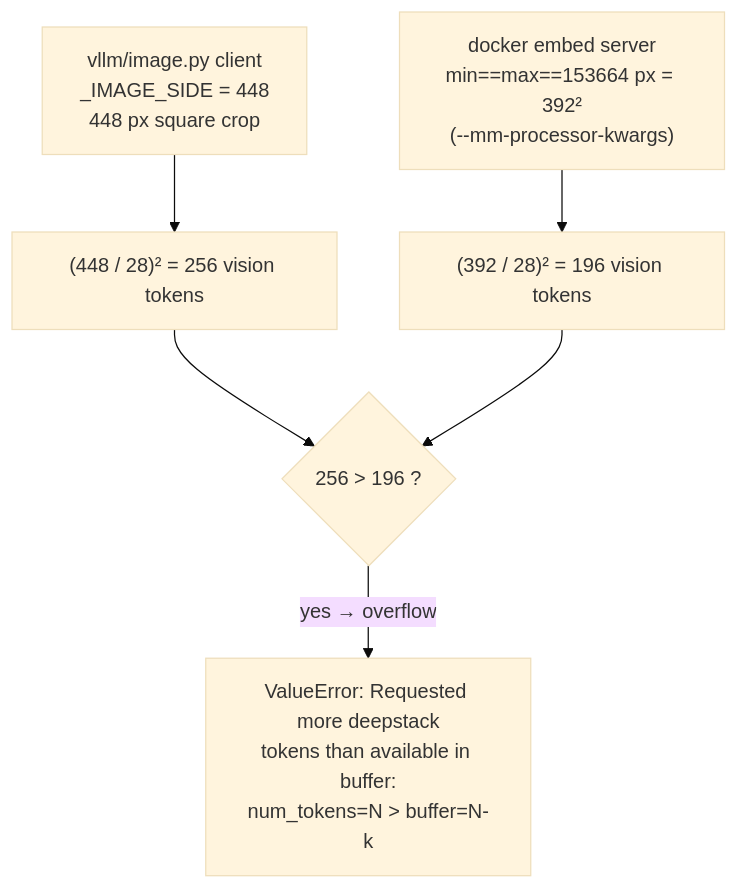
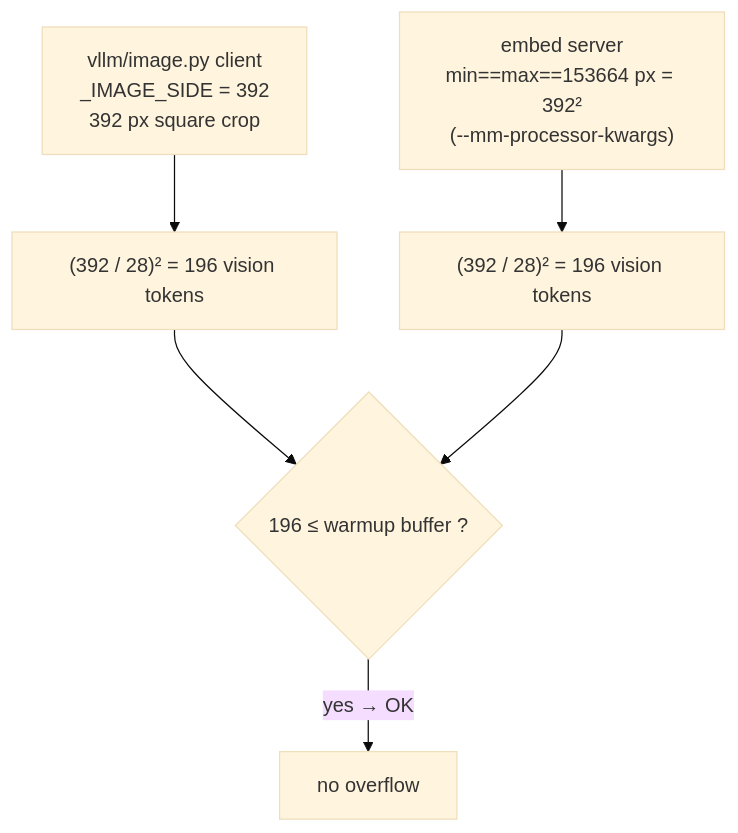
The fifth of 5 diagrams in docs/EMBEDDINGS.md (Borg93/lance-audio-demo), drawn with Mermaid (base theme) before and after one commit. The commit also changed other lines of this file and 17 other files, not shown here.

````diff
--- a/docs/EMBEDDINGS.md
+++ b/docs/EMBEDDINGS.md
@@ -407,10 +447,10 @@
 ```mermaid
 flowchart TD
-    C["vllm/image.py client<br/>_IMAGE_SIDE = 448<br/>448 px square crop"]
-    C --> CT["(448 / 28)² = 256 vision tokens"]
-    S["docker embed server<br/>min==max==153664 px = 392²<br/>(--mm-processor-kwargs)"]
+    C["vllm/image.py client<br/>_IMAGE_SIDE = 392<br/>392 px square crop"]
+    C --> CT["(392 / 28)² = 196 vision tokens"]
+    S["embed server<br/>min==max==153664 px = 392²<br/>(--mm-processor-kwargs)"]
     S --> ST["(392 / 28)² = 196 vision tokens"]
-    CT --> X{"256 > 196 ?"}
+    CT --> X{"196 ≤ warmup buffer ?"}
     ST --> X
-    X -->|"yes → overflow"| CRASH["ValueError: Requested more deepstack<br/>tokens than available in buffer:<br/>num_tokens=N > buffer=N-k"]
+    X -->|"yes → OK"| OK["no overflow"]
 ```
````
